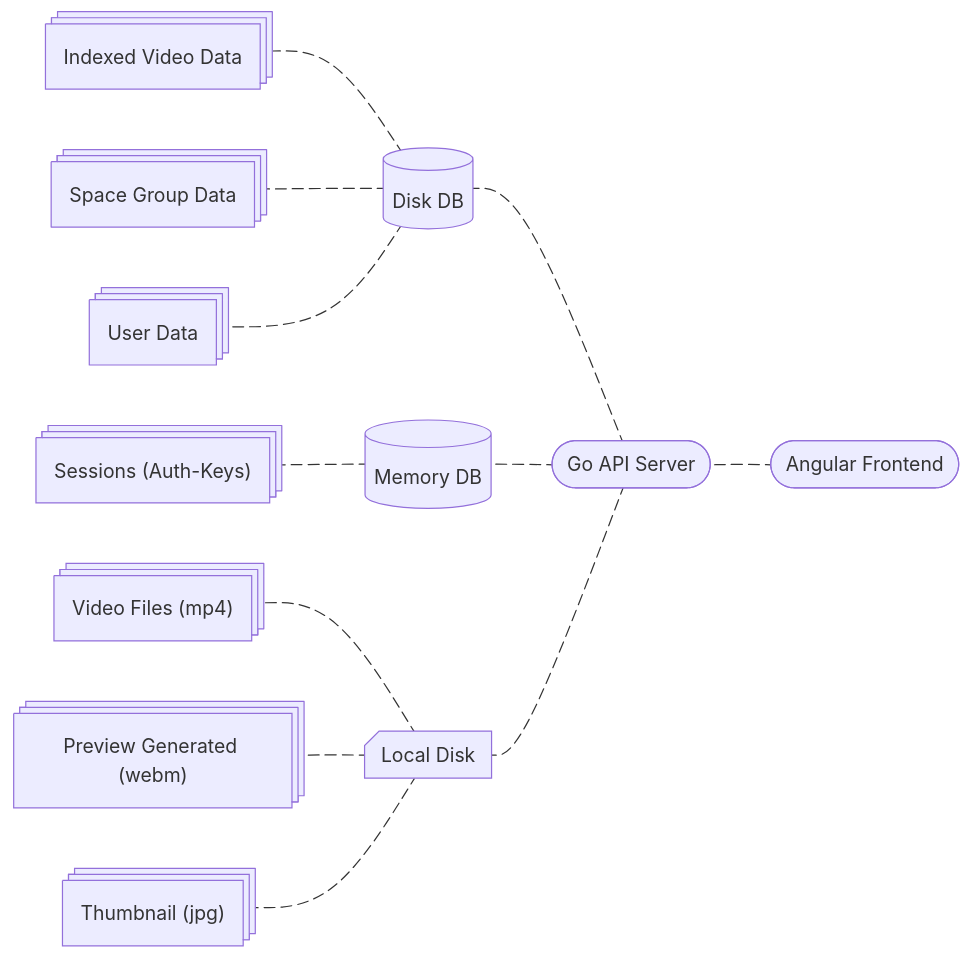
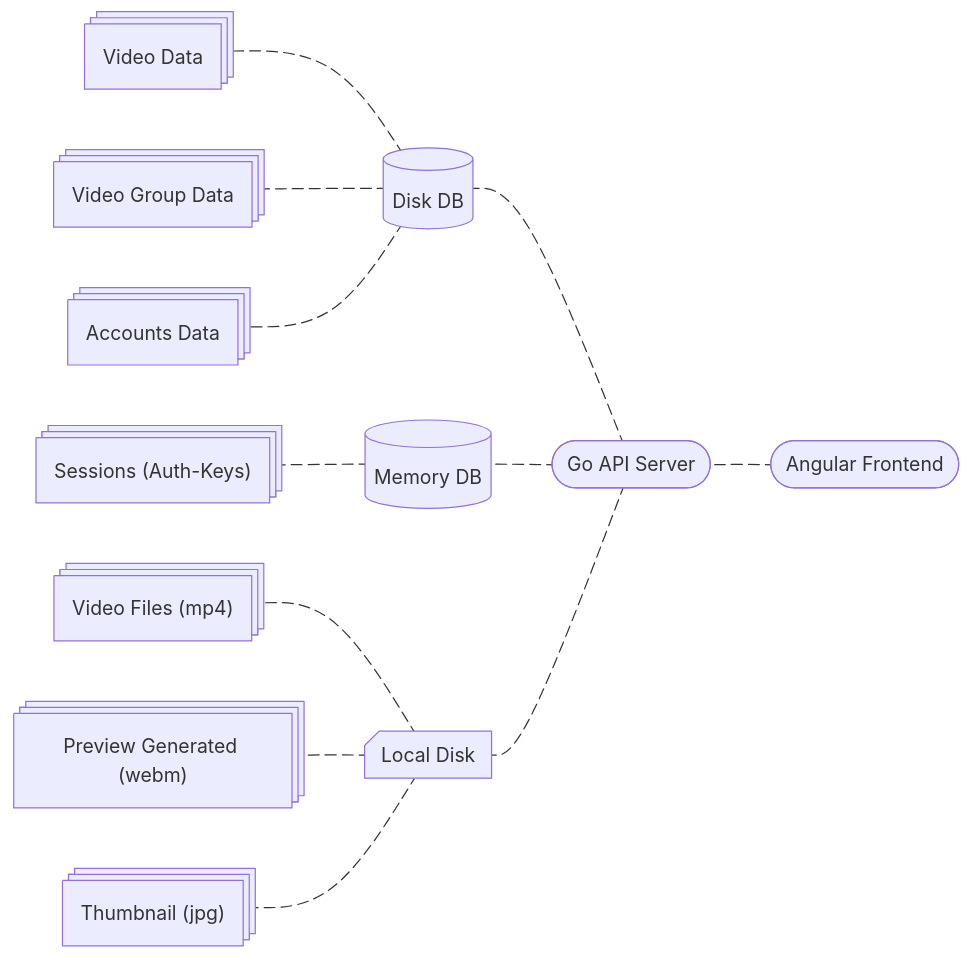
The diagram in ovacli-docs/docs/architecture.md (aliyousefi-dev/ovacli), drawn with Mermaid before and after one commit. The commit also changed other lines of this file and 131 other files, not shown here.

````diff
--- a/ovacli-docs/docs/architecture.md
+++ b/ovacli-docs/docs/architecture.md
@@ -23,40 +23,40 @@
 ```mermaid
 flowchart RL
     Client@{ shape: stadium, label: "Angular Frontend" }
     Server@{ shape: stadium, label: "Go API Server" }
     Disk@{ shape: notch-rect, label: "Local Disk" }
     db[(Disk DB)]
     db2[(Memory DB)]
-    A@{ shape: procs, label: "Indexed Video Data" }
-    B@{ shape: procs, label: "Space Group Data" }
-    C@{ shape: procs, label: "User Data" }
+    A@{ shape: procs, label: "Video Data" }
+    B@{ shape: procs, label: "Video Group Data" }
+    C@{ shape: procs, label: "Accounts Data" }
     D@{ shape: procs, label: "Video Files (mp4)" }
     F@{ shape: procs, label: "Preview Generated (webm)" }
     G@{ shape: procs, label: "Thumbnail (jpg)" }
     E@{ shape: procs, label: "Sessions (Auth-Keys)" }
 
     Client e11@--- Server
     Server e5@--- db
     Server e7@--- db2
     db2 e8@--- E
     Server e6@--- Disk
     Disk e4@--- D
     Disk e9@--- F
     Disk e10@--- G
     db e1@--- A
     db e2@--- B
     db e3@--- C
 
     e1@{ animate: true }
     e2@{ animate: true }
     e3@{ animate: true }
     e4@{ animate: true }
     e5@{ animate: true }
     e6@{ animate: true }
     e7@{ animate: true }
     e8@{ animate: true }
     e9@{ animate: true }
     e10@{ animate: true }
     e11@{ animate: true }
 
 ```
````
